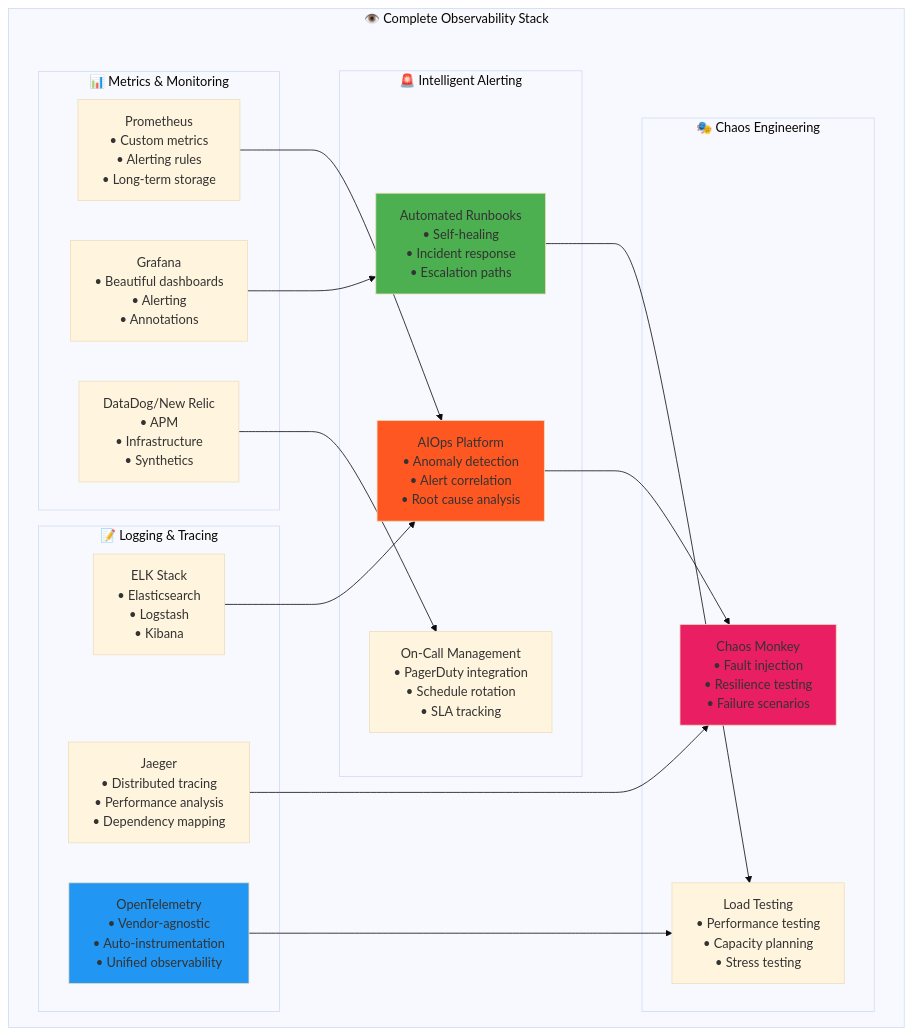
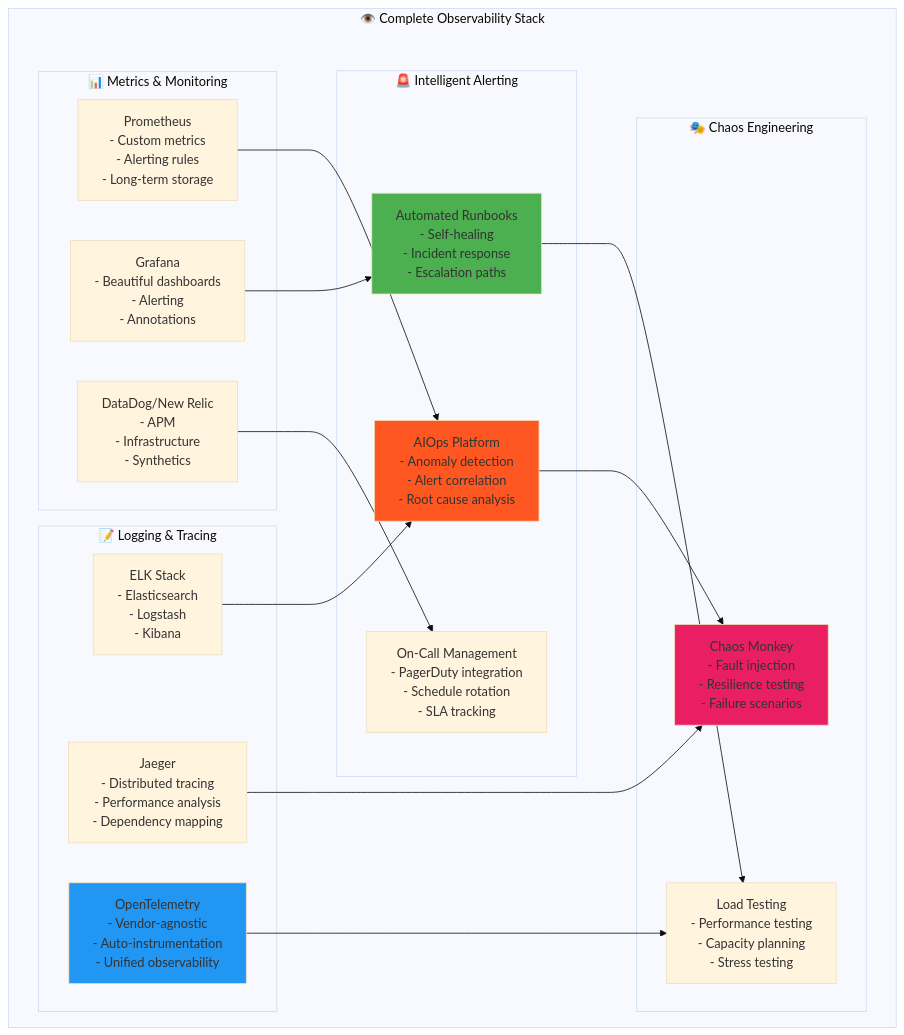
The ninth of 11 diagrams in README.md (gregorizeidler-cw/LavandowskI-Chatbot), drawn with Mermaid (base theme) before and after one commit. The commit also changed other lines of this file, not shown here.

````diff
--- a/README.md
+++ b/README.md
@@ -1353,43 +1353,43 @@
 ```mermaid
 graph TB
     subgraph "👁️ Complete Observability Stack"
         subgraph "📊 Metrics & Monitoring"
-            PROMETHEUS[Prometheus<br/>• Custom metrics<br/>• Alerting rules<br/>• Long-term storage]
-            GRAFANA[Grafana<br/>• Beautiful dashboards<br/>• Alerting<br/>• Annotations]
-            DATADOG[DataDog/New Relic<br/>• APM<br/>• Infrastructure<br/>• Synthetics]
+            PROMETHEUS[Prometheus<br/>- Custom metrics<br/>- Alerting rules<br/>- Long-term storage]
+            GRAFANA[Grafana<br/>- Beautiful dashboards<br/>- Alerting<br/>- Annotations]
+            DATADOG[DataDog/New Relic<br/>- APM<br/>- Infrastructure<br/>- Synthetics]
         end
         
         subgraph "📝 Logging & Tracing"
-            ELK[ELK Stack<br/>• Elasticsearch<br/>• Logstash<br/>• Kibana]
-            JAEGER[Jaeger<br/>• Distributed tracing<br/>• Performance analysis<br/>• Dependency mapping]
-            OPENTEL[OpenTelemetry<br/>• Vendor-agnostic<br/>• Auto-instrumentation<br/>• Unified observability]
+            ELK[ELK Stack<br/>- Elasticsearch<br/>- Logstash<br/>- Kibana]
+            JAEGER[Jaeger<br/>- Distributed tracing<br/>- Performance analysis<br/>- Dependency mapping]
+            OPENTEL[OpenTelemetry<br/>- Vendor-agnostic<br/>- Auto-instrumentation<br/>- Unified observability]
         end
         
         subgraph "🚨 Intelligent Alerting"
-            AIOPS[AIOps Platform<br/>• Anomaly detection<br/>• Alert correlation<br/>• Root cause analysis]
-            RUNBOOK[Automated Runbooks<br/>• Self-healing<br/>• Incident response<br/>• Escalation paths]
-            ONCALL[On-Call Management<br/>• PagerDuty integration<br/>• Schedule rotation<br/>• SLA tracking]
+            AIOPS[AIOps Platform<br/>- Anomaly detection<br/>- Alert correlation<br/>- Root cause analysis]
+            RUNBOOK[Automated Runbooks<br/>- Self-healing<br/>- Incident response<br/>- Escalation paths]
+            ONCALL[On-Call Management<br/>- PagerDuty integration<br/>- Schedule rotation<br/>- SLA tracking]
         end
         
         subgraph "🎭 Chaos Engineering"
-            CHAOS[Chaos Monkey<br/>• Fault injection<br/>• Resilience testing<br/>• Failure scenarios]
-            LOAD[Load Testing<br/>• Performance testing<br/>• Capacity planning<br/>• Stress testing]
+            CHAOS[Chaos Monkey<br/>- Fault injection<br/>- Resilience testing<br/>- Failure scenarios]
+            LOAD[Load Testing<br/>- Performance testing<br/>- Capacity planning<br/>- Stress testing]
         end
     end
     
     PROMETHEUS --> AIOPS
     GRAFANA --> RUNBOOK
     DATADOG --> ONCALL
     
     ELK --> AIOPS
     JAEGER --> CHAOS
     OPENTEL --> LOAD
     
     AIOPS --> CHAOS
     RUNBOOK --> LOAD
     
     style AIOPS fill:#ff5722
     style OPENTEL fill:#2196f3
     style CHAOS fill:#e91e63
     style RUNBOOK fill:#4caf50
 ```
````
